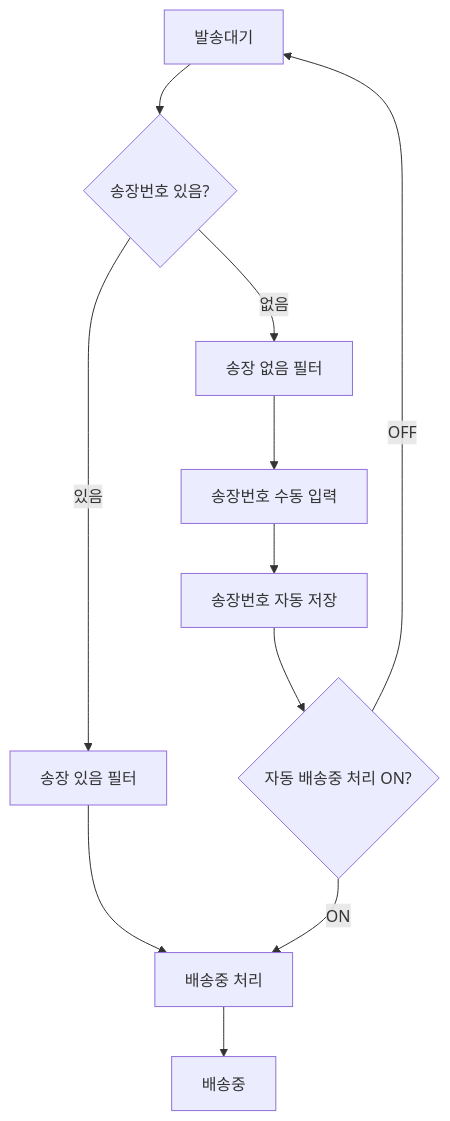
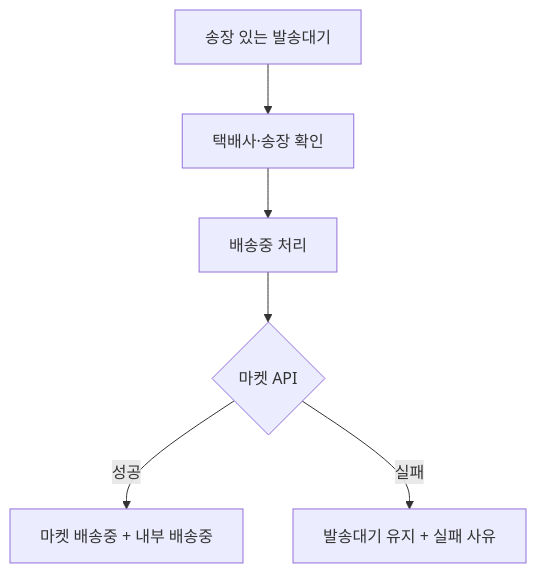
The fourth of 4 diagrams in docs/08_유저플로우/01_주문처리_유저플로우.md (moonceo/Jmpp), drawn with Mermaid before and after one commit. The commit also changed other lines of this file and 245 other files, not shown here.

````diff
--- a/docs/08_유저플로우/01_주문처리_유저플로우.md
+++ b/docs/08_유저플로우/01_주문처리_유저플로우.md
@@ -97,13 +89,8 @@
 ```mermaid
 flowchart TD
-    A["발송대기"] --> B{"송장번호 있음?"}
-    B -->|"없음"| C["송장 없음 필터"]
-    C --> D["송장번호 수동 입력"]
-    D --> E["송장번호 자동 저장"]
-    B -->|"있음"| F["송장 있음 필터"]
-    E --> G{"자동 배송중 처리 ON?"}
-    F --> H["배송중 처리"]
-    G -->|"ON"| H
-    G -->|"OFF"| A
-    H --> I["배송중"]
+    A["송장 있는 발송대기"] --> B["택배사·송장 확인"]
+    B --> C["배송중 처리"]
+    C --> D{"마켓 API"}
+    D -->|"성공"| E["마켓 배송중 + 내부 배송중"]
+    D -->|"실패"| F["발송대기 유지 + 실패 사유"]
 ```
````
